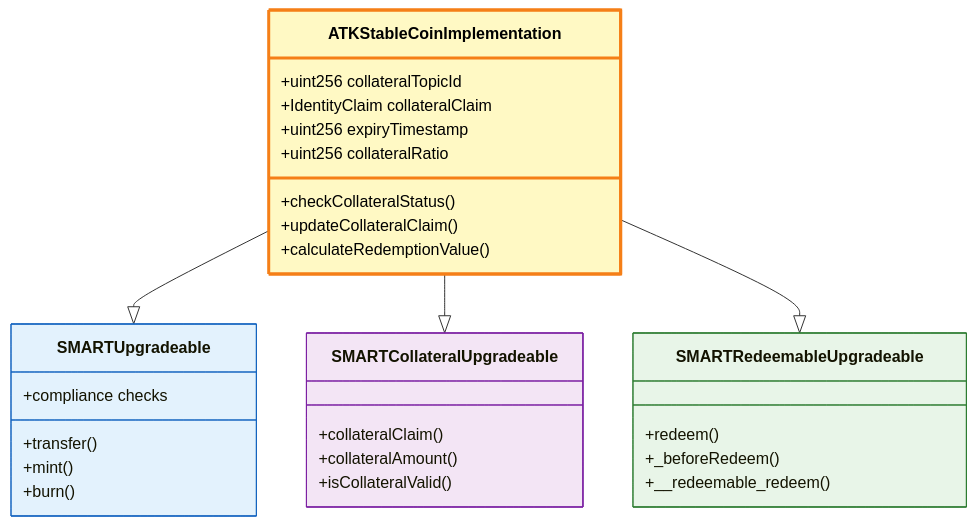
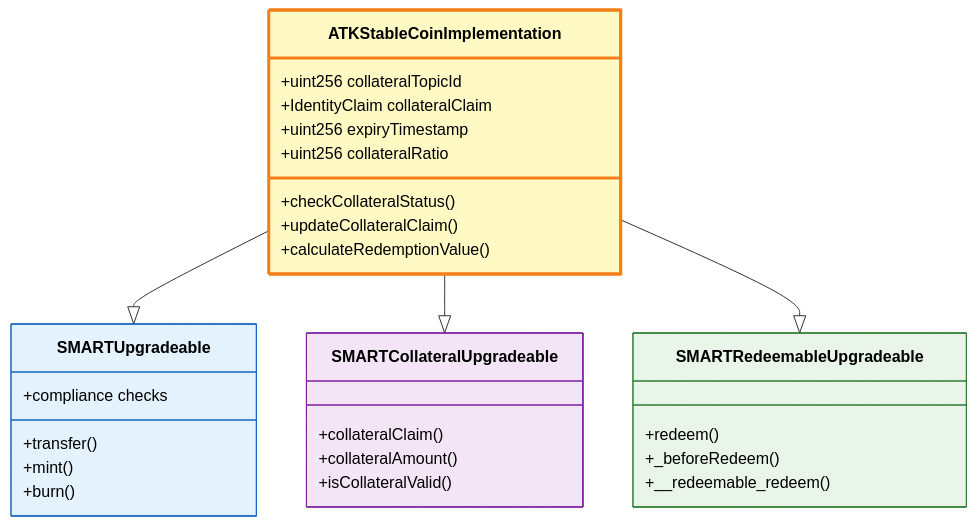
One commit to settlemint/asset-tokenization-kit changed the first of 7 diagrams in designdocs/06-stablecoin-asset-workflow.md. Above: the diagram before and after it, drawn with Mermaid. The commit also changed other lines of this file and 18 other files, not shown here.

````diff
--- a/designdocs/06-stablecoin-asset-workflow.md
+++ b/designdocs/06-stablecoin-asset-workflow.md
@@ -9,41 +9,41 @@
 ```mermaid
 classDiagram
     class ATKStableCoinImplementation {
         +uint256 collateralTopicId
         +IdentityClaim collateralClaim
         +uint256 expiryTimestamp
         +uint256 collateralRatio
         
         +checkCollateralStatus()
         +updateCollateralClaim()
         +calculateRedemptionValue()
     }
     
     class SMARTUpgradeable {
         +transfer()
         +mint()
         +burn()
         +compliance checks
     }
     
     class SMARTCollateralUpgradeable {
         +collateralClaim()
         +collateralAmount()
         +isCollateralValid()
     }
     
     class SMARTRedeemableUpgradeable {
         +redeem()
         +_beforeRedeem()
         +__redeemable_redeem()
     }
     
     ATKStableCoinImplementation --|> SMARTUpgradeable
     ATKStableCoinImplementation --|> SMARTCollateralUpgradeable
     ATKStableCoinImplementation --|> SMARTRedeemableUpgradeable
     
-    style ATKStableCoinImplementation fill:#fff9c4,stroke:#f57f17,color:#000000,stroke-width:3px,color:#000000
-    style SMARTUpgradeable fill:#e3f2fd,stroke:#1565c0
-    style SMARTCollateralUpgradeable fill:#f3e5f5,stroke:#7b1fa2
-    style SMARTRedeemableUpgradeable fill:#e8f5e8,stroke:#2e7d32
+    style ATKStableCoinImplementation fill:#fff9c4,stroke:#f57f17,color:#000000,stroke-width:3px
+    style SMARTUpgradeable fill:#e3f2fd,stroke:#1565c0,color:#000000
+    style SMARTCollateralUpgradeable fill:#f3e5f5,stroke:#7b1fa2,color:#000000
+    style SMARTRedeemableUpgradeable fill:#e8f5e8,stroke:#2e7d32,color:#000000
 ```
````
